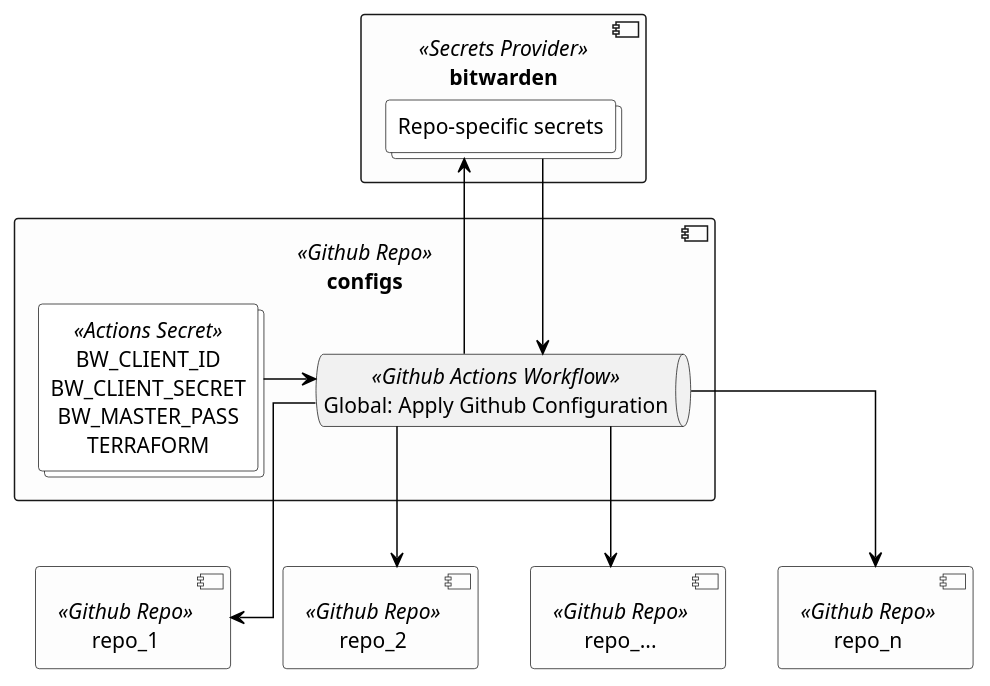
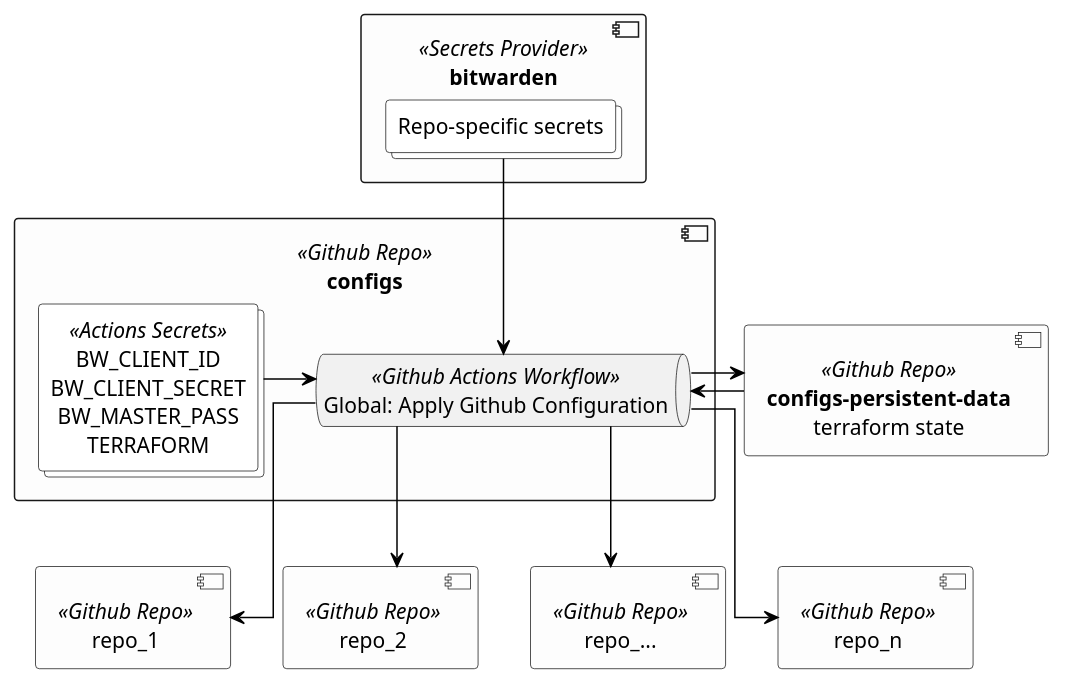
The diagram in docs/modules/ROOT/pages/github/config.adoc (sommerfeld-io-archive/configs), drawn with PlantUML before and after one commit. The commit also changed other lines of this file, not shown here.

```diff
--- a/docs/modules/ROOT/pages/github/config.adoc
+++ b/docs/modules/ROOT/pages/github/config.adoc
@@ -18,44 +18,47 @@
 [plantuml, puml-build-image, svg]
 ----
 @startuml
 
 skinparam linetype ortho
 skinparam monochrome false
 skinparam componentStyle uml2
 skinparam backgroundColor transparent
 skinparam ArrowColor black
 skinparam ComponentBackgroundColor #fdfdfd
 skinparam CollectionsBackgroundColor #ffffff
 skinparam NoteBorderColor Grey
 skinparam NoteBackgroundColor #fdfdfd
 skinparam defaultTextAlignment center
 skinparam activity {
 FontName Ubuntu
 }
 
 component configs <<Github Repo>> {
   queue wf as "Global: Apply Github Configuration" <<Github Actions Workflow>>
-  collections s1 as "BW_CLIENT_ID\nBW_CLIENT_SECRET\nBW_MASTER_PASS\nTERRAFORM" <<Actions Secret>>
+  collections s1 as "BW_CLIENT_ID\nBW_CLIENT_SECRET\nBW_MASTER_PASS\nTERRAFORM" <<Actions Secrets>>
   
   s1 -right-> wf
 }
 
 component bitwarden <<Secrets Provider>> {
   collections s2 as "Repo-specific secrets"
 }
 
-wf -up-> s2
 s2 -down-> wf
 
 component repo_1 <<Github Repo>>
 component repo_2 <<Github Repo>>
 component repo_x as "repo_..." <<Github Repo>>
 component repo_n <<Github Repo>>
 
 wf -down-> repo_1
 wf -down-> repo_2
 wf -down-> repo_x
 wf -down-> repo_n
 
+component tf_state as "<b>configs-persistent-data</b>\nterraform state" <<Github Repo>>
+wf -> tf_state
+tf_state -> wf
+
 @enduml
 ----
```
